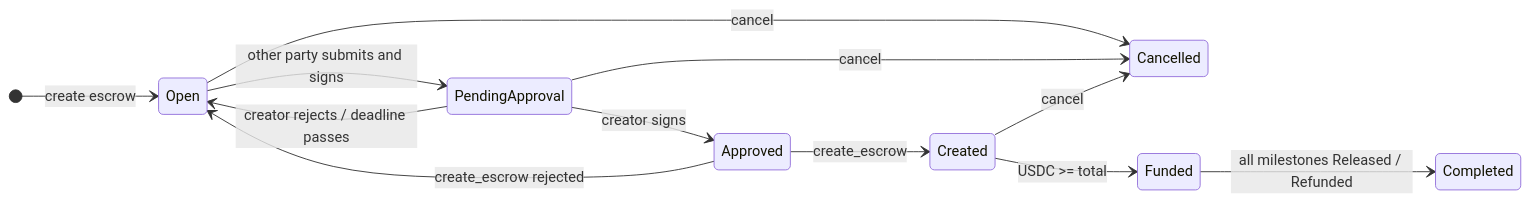
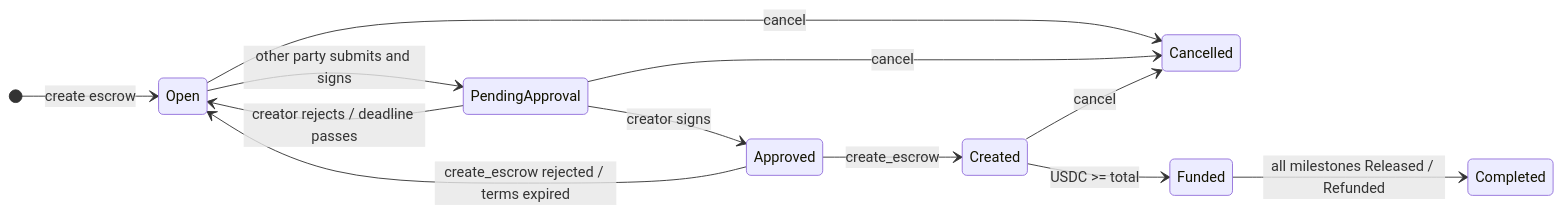
One commit to harundarat/vecrow changed the first of 2 diagrams in docs/spec.md. Above: the diagram before and after it, drawn with Mermaid.

Commit message:
docs: show that approved escrows reopen when their terms expire
Claude-Session: https://claude.ai/code/session_01Ua9iu44ENYrDNcHzajCHqv

````diff
--- a/docs/spec.md
+++ b/docs/spec.md
@@ -534,15 +534,15 @@
 ```mermaid
 stateDiagram-v2
     direction LR
     [*] --> Open: create escrow
     Open --> PendingApproval: other party submits and signs
     PendingApproval --> Open: creator rejects / deadline passes
     PendingApproval --> Approved: creator signs
     Approved --> Created: create_escrow
-    Approved --> Open: create_escrow rejected
+    Approved --> Open: create_escrow rejected / terms expired
     Open --> Cancelled: cancel
     PendingApproval --> Cancelled: cancel
     Created --> Cancelled: cancel
     Created --> Funded: USDC >= total
     Funded --> Completed: all milestones Released / Refunded
 ```
````
